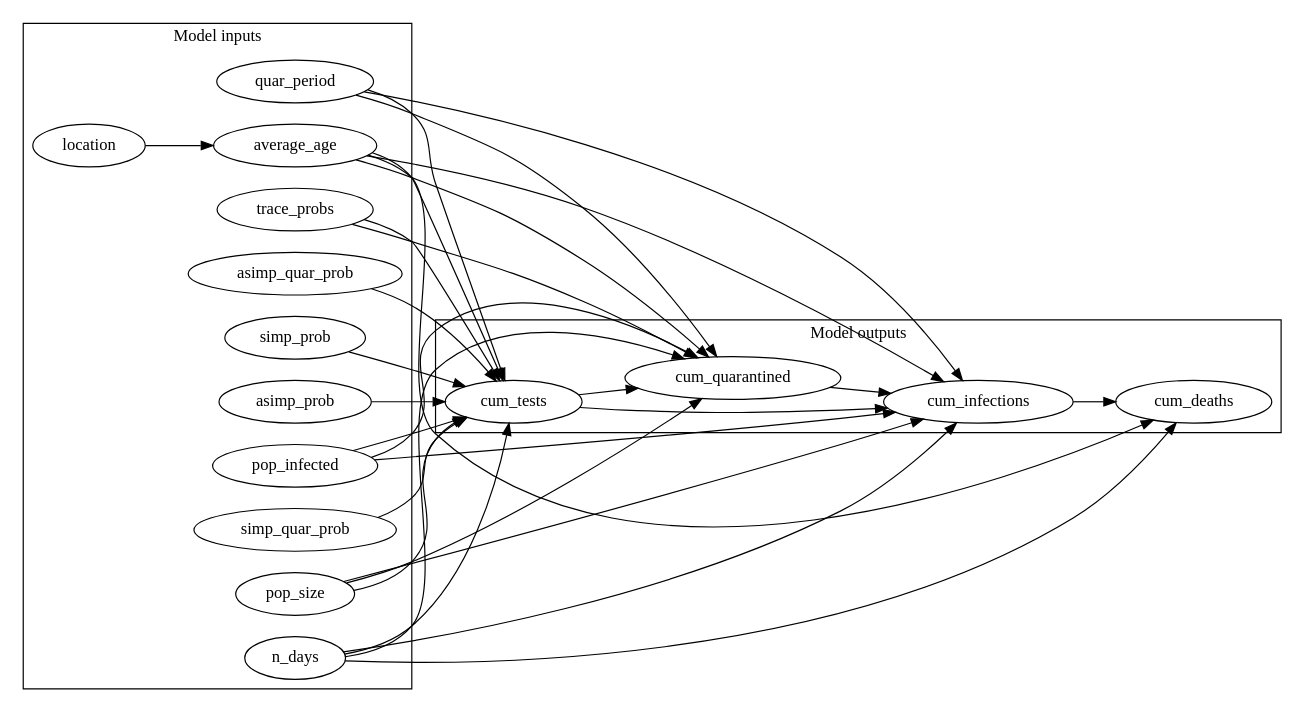
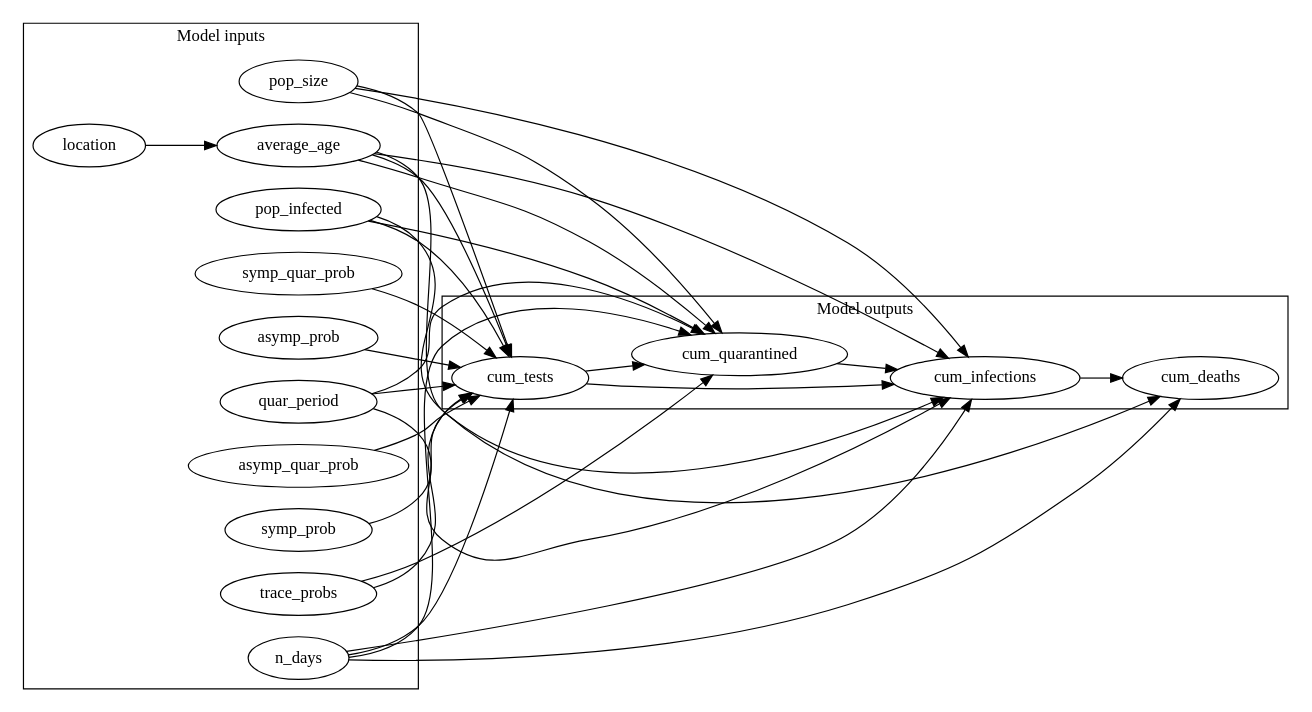
The diagram in scenarios/abstract/dags/compare_interventions_basic.dot (CITCOM-project/causcumber), drawn with Graphviz before and after one commit. The commit also changed 7 other files, not shown here.

```diff
--- a/scenarios/abstract/dags/compare_interventions_basic.dot
+++ b/scenarios/abstract/dags/compare_interventions_basic.dot
@@ -1,54 +1,54 @@
 digraph "" {
 	graph [newrank=True,
 		rankdir=LR
 	];
-	subgraph cluster_inputs {
-		graph [label="Model inputs"];
-		pop_size;
-		asimp_prob;
-		pop_infected;
-		n_days;
-		simp_quar_prob;
-		asimp_quar_prob;
-		trace_probs;
-		simp_prob;
-		average_age;
-		location;
-		quar_period;
-	}
 	subgraph cluster_outputs {
 		graph [label="Model outputs"];
 		cum_tests;
+		cum_deaths;
+		cum_infections;
 		cum_quarantined;
-		cum_infections;
-		cum_deaths;
 	}
-	pop_size -> cum_tests;
-	pop_size -> cum_quarantined;
-	pop_size -> cum_infections;
-	asimp_prob -> cum_tests;
-	pop_infected -> cum_tests;
-	pop_infected -> cum_quarantined;
-	pop_infected -> cum_infections;
-	n_days -> cum_tests;
-	n_days -> cum_quarantined;
-	n_days -> cum_infections;
-	n_days -> cum_deaths;
-	simp_quar_prob -> cum_tests;
-	asimp_quar_prob -> cum_tests;
+	subgraph cluster_inputs {
+		graph [label="Model inputs"];
+		trace_probs;
+		asymp_prob;
+		quar_period;
+		asymp_quar_prob;
+		location;
+		pop_infected;
+		symp_quar_prob;
+		n_days;
+		average_age;
+		pop_size;
+		symp_prob;
+	}
 	trace_probs -> cum_tests;
 	trace_probs -> cum_quarantined;
-	simp_prob -> cum_tests;
+	asymp_prob -> cum_tests;
+	quar_period -> cum_tests;
+	quar_period -> cum_infections;
+	quar_period -> cum_quarantined;
+	asymp_quar_prob -> cum_tests;
+	location -> average_age;
+	pop_infected -> cum_tests;
+	pop_infected -> cum_infections;
+	pop_infected -> cum_quarantined;
+	symp_quar_prob -> cum_tests;
+	n_days -> cum_tests;
+	n_days -> cum_deaths;
+	n_days -> cum_infections;
+	n_days -> cum_quarantined;
 	average_age -> cum_tests;
+	average_age -> cum_deaths;
+	average_age -> cum_infections;
 	average_age -> cum_quarantined;
-	average_age -> cum_infections;
-	average_age -> cum_deaths;
-	location -> average_age;
-	quar_period -> cum_tests;
-	quar_period -> cum_quarantined;
-	quar_period -> cum_infections;
+	pop_size -> cum_tests;
+	pop_size -> cum_infections;
+	pop_size -> cum_quarantined;
+	symp_prob -> cum_tests;
+	cum_tests -> cum_infections;
 	cum_tests -> cum_quarantined;
-	cum_tests -> cum_infections;
+	cum_infections -> cum_deaths;
 	cum_quarantined -> cum_infections;
-	cum_infections -> cum_deaths;
 }
```
